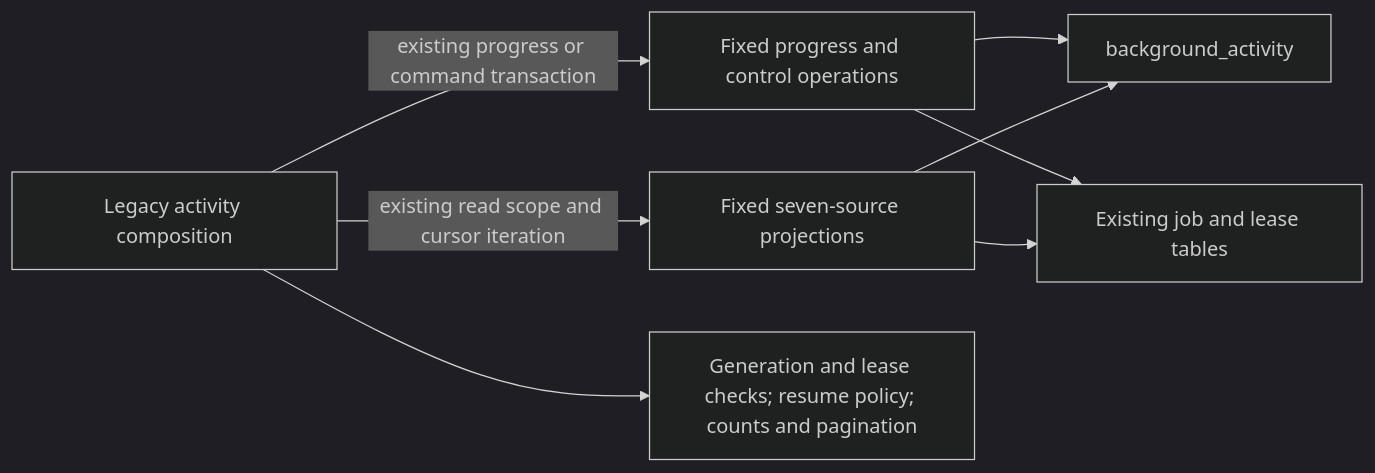
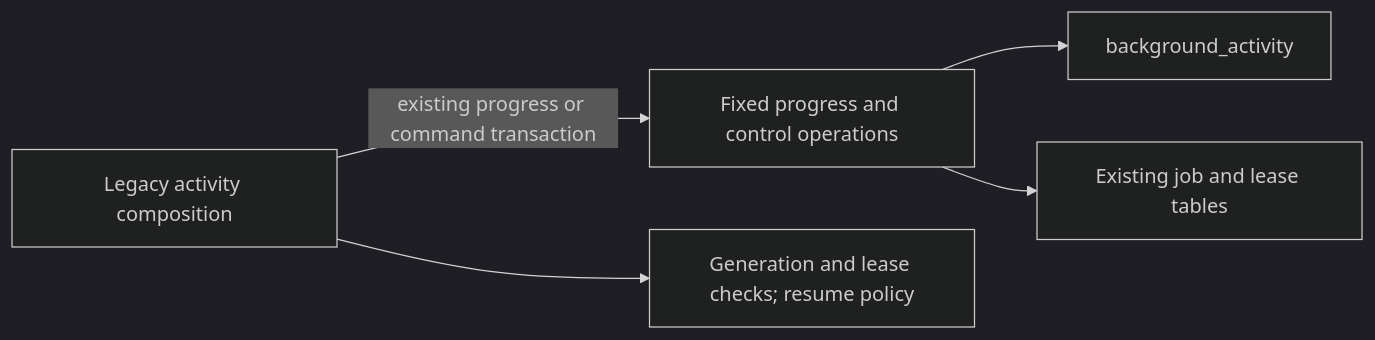
Before and after one commit to aaweaver-actuary/tempo: the first of 2 diagrams in database/tempo_legacy_database/adapters/controls/activity/README.md, drawn with Mermaid (dark theme). The commit also changed other lines of this file and 10 other files, not shown here.

````diff
--- a/database/tempo_legacy_database/adapters/controls/activity/README.md
+++ b/database/tempo_legacy_database/adapters/controls/activity/README.md
@@ -9,10 +9,7 @@
 ```mermaid
 flowchart LR
   app[Legacy activity composition] -->|existing progress or command transaction| write[Fixed progress and control operations]
-  app -->|existing read scope and cursor iteration| read[Fixed seven-source projections]
   write --> progress[background_activity]
   write --> jobs[Existing job and lease tables]
-  read --> jobs
-  read --> progress
-  app --> policy[Generation and lease checks; resume policy; counts and pagination]
+  app --> policy[Generation and lease checks; resume policy]
 ```
````
